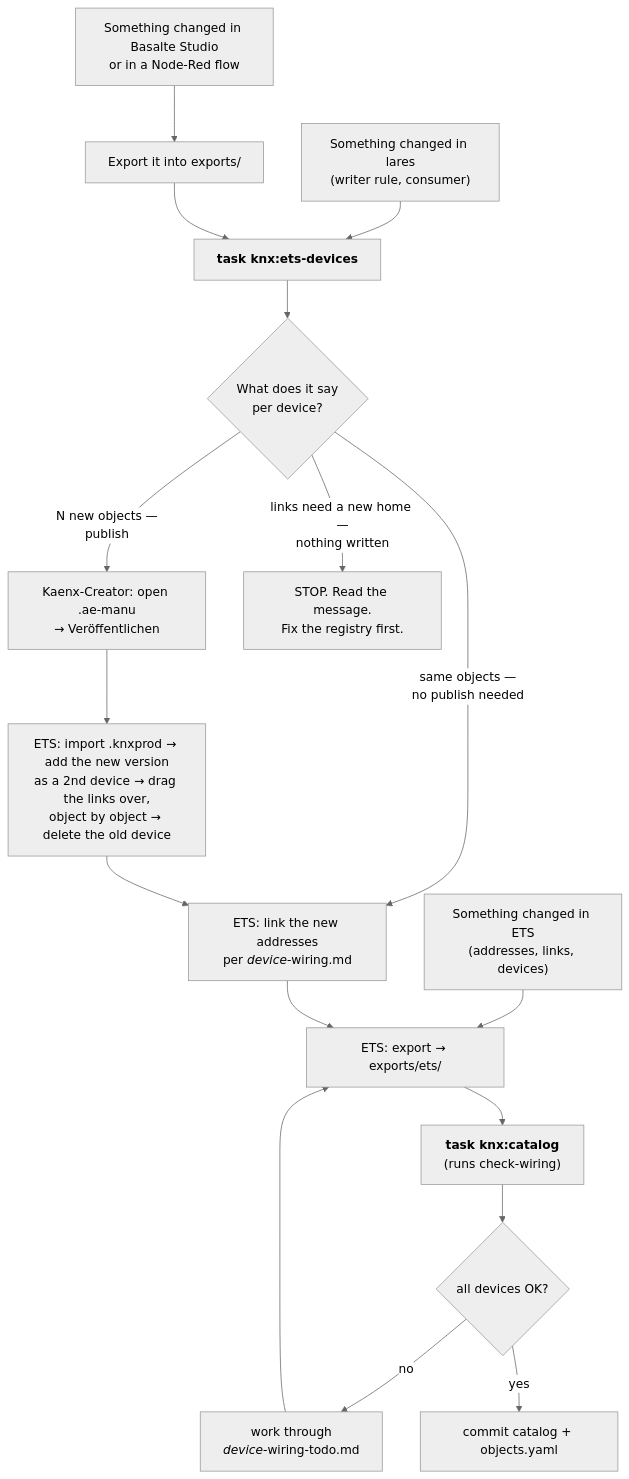
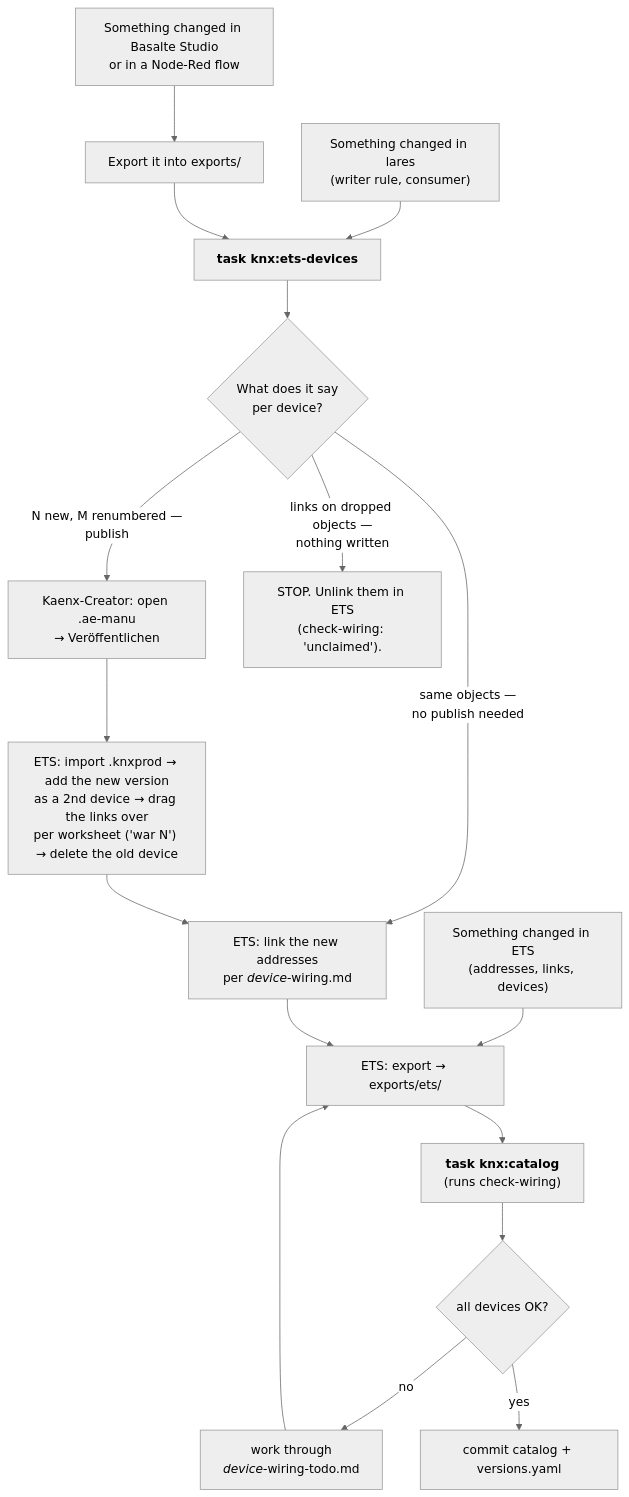
Before and after one commit to alexander-zimmermann/lares: the diagram in docs/knx/README.md, drawn with Mermaid (neutral theme). The commit also changed other lines of this file and 3 other files, not shown here.

First line of the commit message:
feat(knx): positional object numbers, versions.yaml instead of the object registry

````diff
--- a/docs/knx/README.md
+++ b/docs/knx/README.md
@@ -17,16 +17,16 @@
 ```mermaid
 flowchart TD
     A["Something changed in lares<br/>(writer rule, consumer)"] --> G
     B["Something changed in Basalte Studio<br/>or in a Node-Red flow"] --> E["Export it into exports/"] --> G
     C["Something changed in ETS<br/>(addresses, links, devices)"] --> X
     G["<b>task knx:ets-devices</b>"] --> D{"What does it say<br/>per device?"}
     D -- "same objects —<br/>no publish needed" --> L["ETS: link the new addresses<br/>per <i>device</i>-wiring.md"]
-    D -- "N new objects —<br/>publish" --> K["Kaenx-Creator: open .ae-manu<br/>→ Veröffentlichen"]
-    D -- "links need a new home —<br/>nothing written" --> S["STOP. Read the message.<br/>Fix the registry first."]
-    K --> I["ETS: import .knxprod → add the new version<br/>as a 2nd device → drag the links over,<br/>object by object → delete the old device"] --> L
+    D -- "N new, M renumbered —<br/>publish" --> K["Kaenx-Creator: open .ae-manu<br/>→ Veröffentlichen"]
+    D -- "links on dropped objects —<br/>nothing written" --> S["STOP. Unlink them in ETS<br/>(check-wiring: 'unclaimed')."]
+    K --> I["ETS: import .knxprod → add the new version<br/>as a 2nd device → drag the links over<br/>per worksheet ('war N') → delete the old device"] --> L
     L --> X["ETS: export → exports/ets/"]
     X --> V["<b>task knx:catalog</b><br/>(runs check-wiring)"]
     V --> R{"all devices OK?"}
     R -- no --> T["work through<br/><i>device</i>-wiring-todo.md"] --> X
-    R -- yes --> Z["commit catalog + objects.yaml"]
+    R -- yes --> Z["commit catalog + versions.yaml"]
 ```
````
